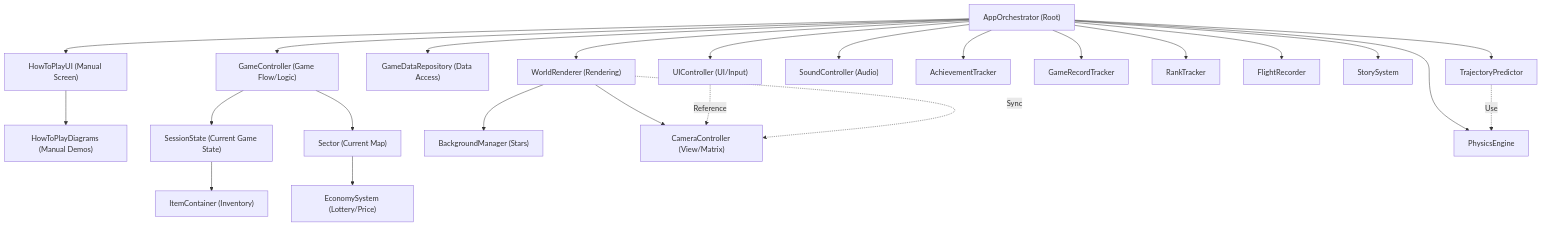
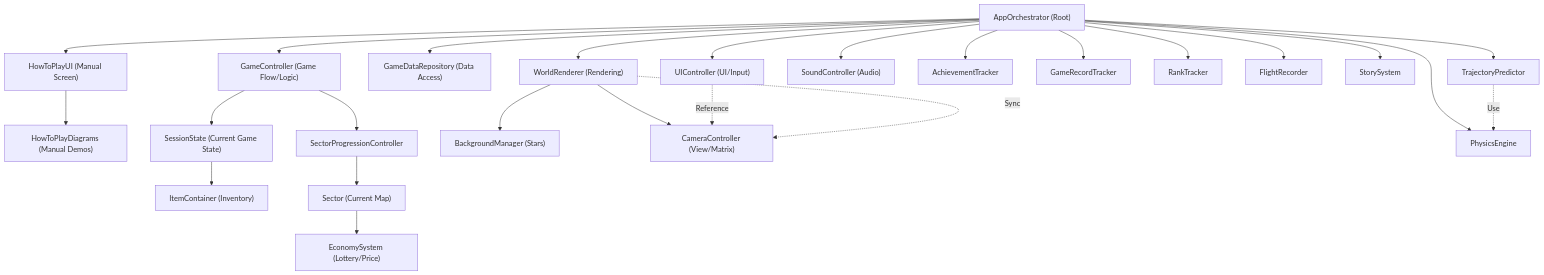
The diagram in docs/specs/systems/class_roles.md (T-I-Oak/GravityFreight), drawn with Mermaid before and after one commit. The commit also changed other lines of this file and 7 other files, not shown here.

Commit message:
Connect facility departure flow

````diff
--- a/docs/specs/systems/class_roles.md
+++ b/docs/specs/systems/class_roles.md
@@ -14,38 +14,39 @@
 ```mermaid
 graph TD
     %% Root Layer
     Orchestrator["AppOrchestrator (Root)"]
 
     %% Control Layer
     Orchestrator --> UI["UIController (UI/Input)"]
     Orchestrator --> HTP["HowToPlayUI (Manual Screen)"]
     HTP --> HTD["HowToPlayDiagrams (Manual Demos)"]
     Orchestrator --> GDR["GameDataRepository (Data Access)"]
 
     %% Logic & System Layer
     Orchestrator --> GC["GameController (Game Flow/Logic)"]
+    GC --> SPC["SectorProgressionController"]
     GC --> SS["SessionState (Current Game State)"]
     SS --> IC["ItemContainer (Inventory)"]
-    GC --> SEC["Sector (Current Map)"]
+    SPC --> SEC["Sector (Current Map)"]
     SEC --> ES["EconomySystem (Lottery/Price)"]
 
     %% System Layer (Infrastructure)
     Orchestrator --> WR["WorldRenderer (Rendering)"]
     WR --> BM["BackgroundManager (Stars)"]
     WR --> CC["CameraController (View/Matrix)"]
     Orchestrator --> SC["SoundController (Audio)"]
 
     %% Global Services
     Orchestrator --> AT["AchievementTracker"]
     Orchestrator --> GRT["GameRecordTracker"]
     Orchestrator --> RT["RankTracker"]
     Orchestrator --> FR["FlightRecorder"]
     Orchestrator --> Story["StorySystem"]
     Orchestrator --> PE["PhysicsEngine"]
     Orchestrator --> TP["TrajectoryPredictor"]
 
     %% Key Cross-domain relations (Dashed lines)
     TP -.->|Use| PE
     UI -.->|Reference| CC
     WR -.->|Sync| CC
 ```
````
